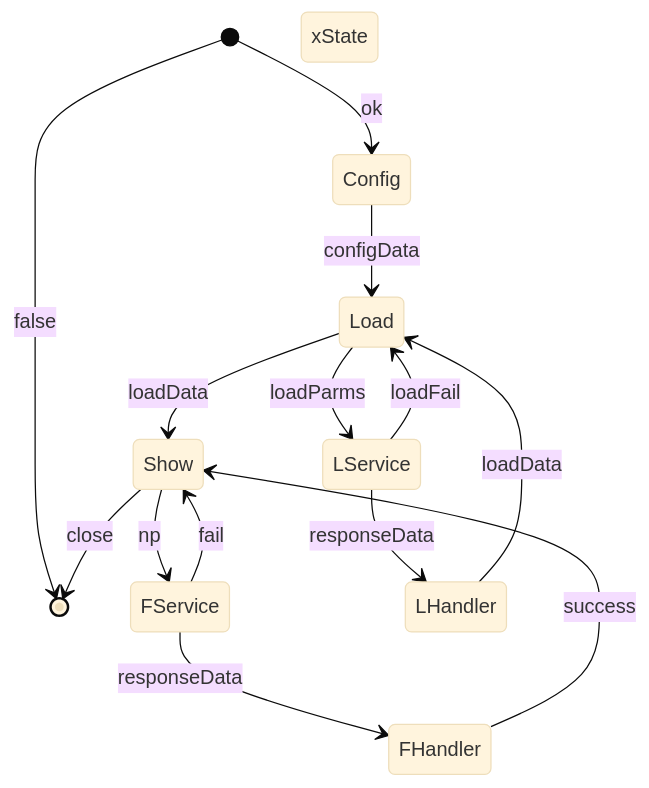
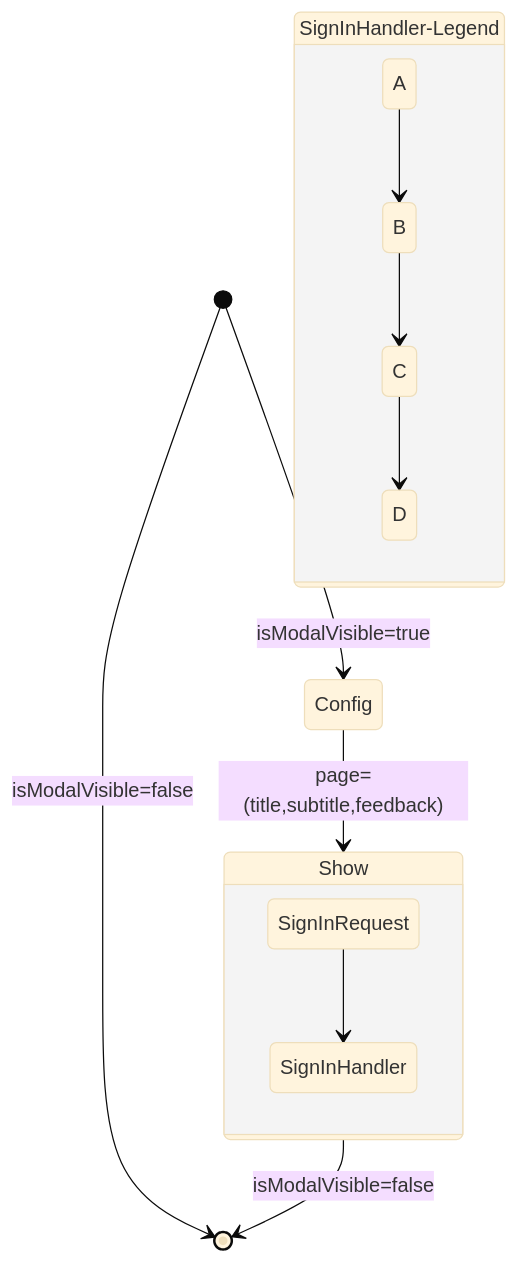
The first of 9 diagrams in README.md (Wilfongjt/lb-A), drawn with Mermaid before and after one commit.

````diff
--- a/README.md
+++ b/README.md
@@ -3,23 +3,18 @@
 ```mermaid
 %%{init: {'securityLevel': 'loose', 'theme':'base'}}%%
 stateDiagram
-    [*] --> [*] : false
-    [*] --> Config : ok
-    Config --> Load : configData
-    Load --> LService : loadParms
-    LService --> Load : loadFail
-    Load --> Show : loadData
-    FService --> FHandler : responseData
-    Show --> FService : np
-    FHandler --> Show : success
-    FService --> Show : fail
-    Show --> [*] : close
-    LService --> LHandler : responseData
-    LHandler --> Load : loadData
-    LService
-    LHandler
-    FService
-    FHandler
-    xState
+
+    state Show  {
+        SignInRequest --> SignInHandler
+    }
     
+    [*] --> [*] : isModalVisible=false
+    [*] --> Config : isModalVisible=true
+    Config --> Show : page=(title,subtitle,feedback)
+    Show --> [*] : isModalVisible=false
+    state SignInHandler-Legend {
+      A --> B
+      B --> C
+      C --> D
+    }
 ```
````
